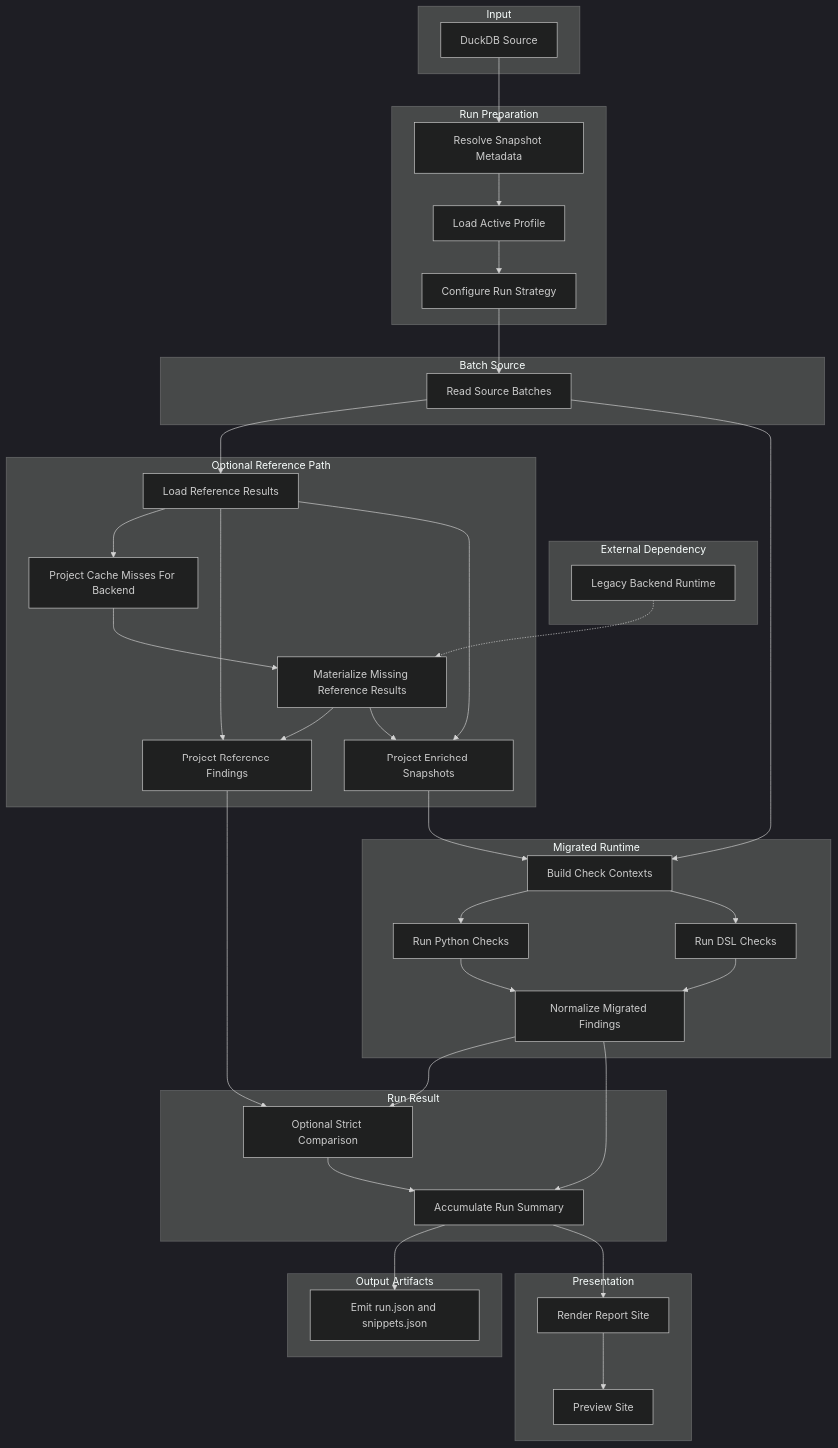
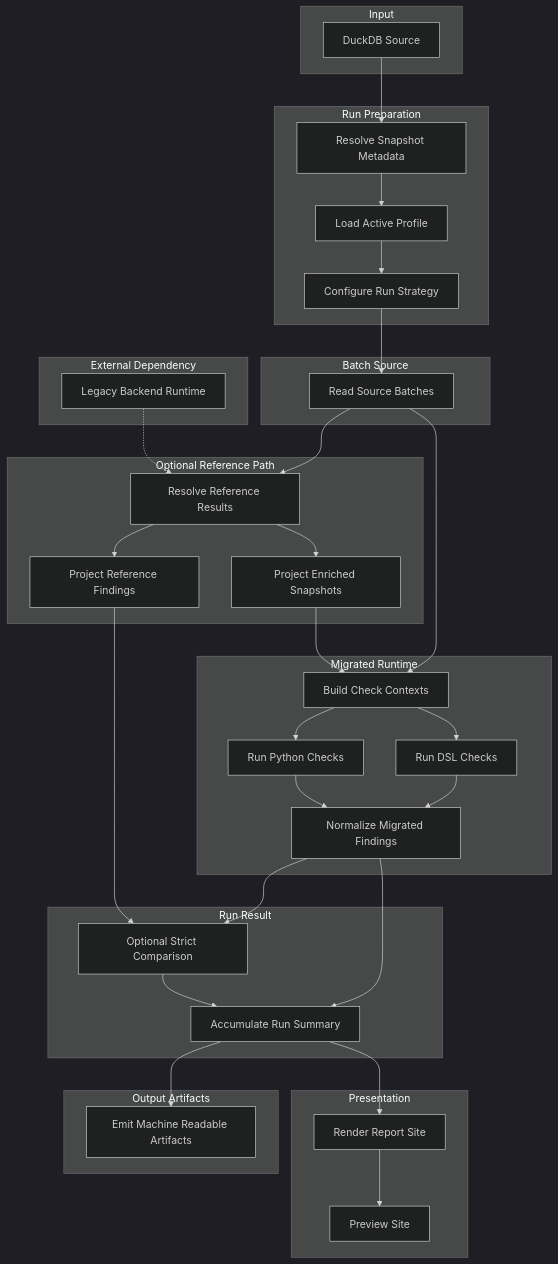
One commit to bobcorn/openfoodfacts-data-quality changed the diagram in docs/architecture/application-run-flow.md. Above: the diagram before and after it, drawn with Mermaid (dark theme). The commit also changed other lines of this file, not shown here.

Commit message:
docs: update application run flow

````diff
--- a/docs/architecture/application-run-flow.md
+++ b/docs/architecture/application-run-flow.md
@@ -9,75 +9,69 @@
 ```mermaid
 flowchart TB
     subgraph INPUT["Input"]
         A["DuckDB Source"]
     end
 
     subgraph PREP["Run Preparation"]
         B["Resolve Snapshot Metadata"]
         C["Load Active Profile"]
         D["Configure Run Strategy"]
         B --> C
         C --> D
     end
 
     subgraph SOURCE["Batch Source"]
         E["Read Source Batches"]
     end
 
     subgraph EXT["External Dependency"]
         G["Legacy Backend Runtime"]
     end
 
     subgraph REF["Optional Reference Path"]
-        H["Load Reference Results"]
-        I["Project Cache Misses For Backend"]
-        J["Materialize Missing Reference Results"]
+        H["Resolve Reference Results"]
         K["Project Reference Findings"]
         L["Project Enriched Snapshots"]
-        H --> I
-        I --> J
         H --> K
         H --> L
-        J --> K
-        J --> L
     end
 
     subgraph MIG["Migrated Runtime"]
         M["Build Check Contexts"]
         N["Run Python Checks"]
         O["Run DSL Checks"]
         P["Normalize Migrated Findings"]
         M --> N
         M --> O
         N --> P
         O --> P
     end
 
     subgraph RES["Run Result"]
         Q["Optional Strict Comparison"]
         R["Accumulate Run Summary"]
         Q --> R
     end
 
     subgraph ART["Output Artifacts"]
-        S["Emit run.json and snippets.json"]
+        S["Emit Machine Readable Artifacts"]
     end
 
     subgraph PRES["Presentation"]
         T["Render Report Site"]
         U["Preview Site"]
         T --> U
     end
 
     A --> B
     D --> E
     E --> H
     E --> M
-    G -.-> J
+    G -.-> H
     L --> M
     K --> Q
     P --> Q
     P --> R
     R --> S
     R --> T
 ```
````
